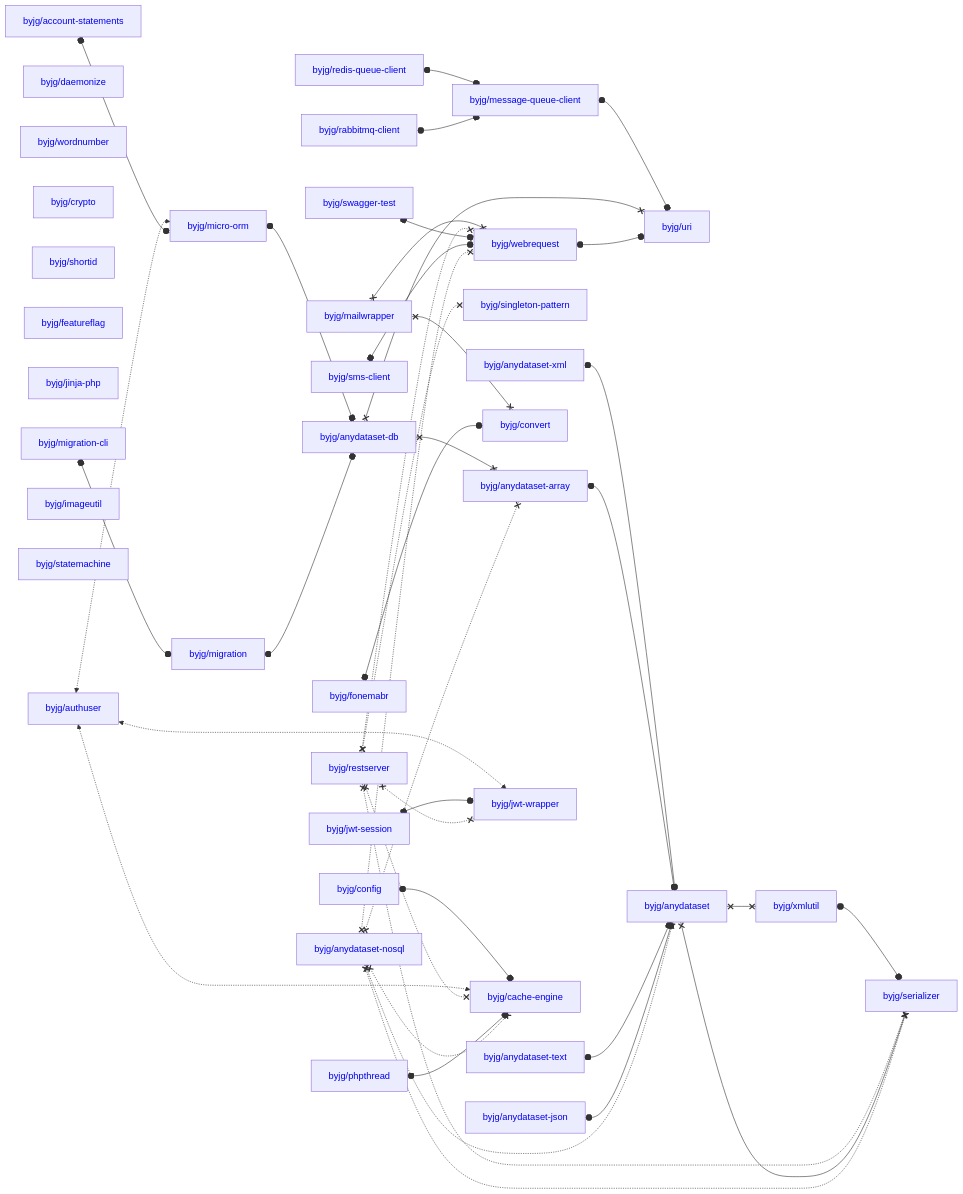
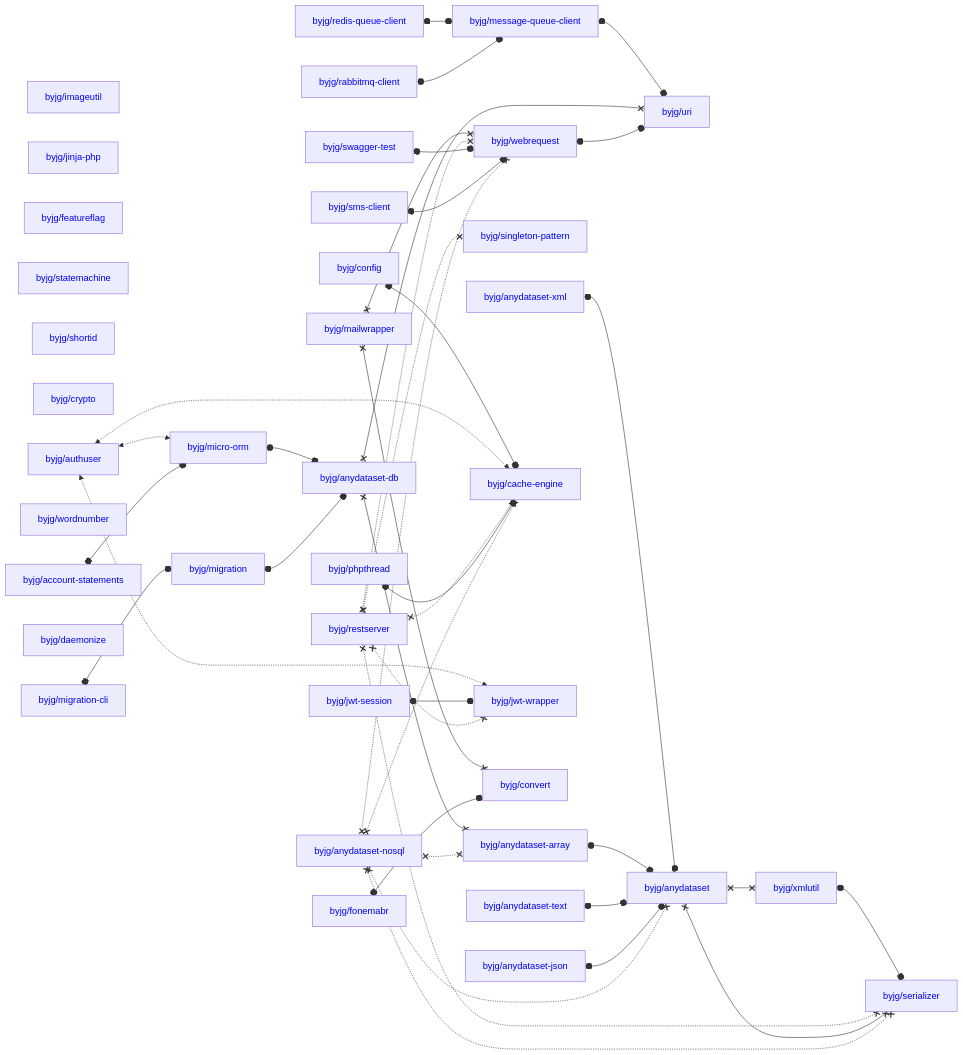
Before and after one commit to byjg/byjg.github.io: the diagram in docs/php/README.md, drawn with Mermaid. The commit also changed other lines of this file and 1 other file, not shown here.

Commit message:
Update documentation 'php' 'php-singleton-pattern'

````diff
--- a/docs/php/README.md
+++ b/docs/php/README.md
@@ -3,80 +3,80 @@
 ```mermaid
 graph LR;
+  byjg/imageutil[<a href='https://opensource.byjg.com/docs/php/imageutil' style='text-decoration:none'>byjg/imageutil</a>];
+  byjg/fonemabr[<a href='https://opensource.byjg.com/docs/php/fonemabr' style='text-decoration:none'>byjg/fonemabr</a>];
+  byjg/anydataset-nosql[<a href='https://opensource.byjg.com/docs/php/anydataset-nosql' style='text-decoration:none'>byjg/anydataset-nosql</a>];
+  byjg/jinja-php[<a href='https://opensource.byjg.com/docs/php/jinja-php' style='text-decoration:none'>byjg/jinja-php</a>];
+  byjg/featureflag[<a href='https://opensource.byjg.com/docs/php/featureflag' style='text-decoration:none'>byjg/featureflag</a>];
+  byjg/statemachine[<a href='https://opensource.byjg.com/docs/php/statemachine' style='text-decoration:none'>byjg/statemachine</a>];
+  byjg/phpthread[<a href='https://opensource.byjg.com/docs/php/phpthread' style='text-decoration:none'>byjg/phpthread</a>];
+  byjg/config[<a href='https://opensource.byjg.com/docs/php/config' style='text-decoration:none'>byjg/config</a>];
+  byjg/jwt-session[<a href='https://opensource.byjg.com/docs/php/jwt-session' style='text-decoration:none'>byjg/jwt-session</a>];
+  byjg/shortid[<a href='https://opensource.byjg.com/docs/php/shortid' style='text-decoration:none'>byjg/shortid</a>];
+  byjg/redis-queue-client[<a href='https://opensource.byjg.com/docs/php/redis-queue-client' style='text-decoration:none'>byjg/redis-queue-client</a>];
+  byjg/anydataset-json[<a href='https://opensource.byjg.com/docs/php/anydataset-json' style='text-decoration:none'>byjg/anydataset-json</a>];
+  byjg/restserver[<a href='https://opensource.byjg.com/docs/php/restserver' style='text-decoration:none'>byjg/restserver</a>];
+  byjg/anydataset-xml[<a href='https://opensource.byjg.com/docs/php/anydataset-xml' style='text-decoration:none'>byjg/anydataset-xml</a>];
+  byjg/anydataset-text[<a href='https://opensource.byjg.com/docs/php/anydataset-text' style='text-decoration:none'>byjg/anydataset-text</a>];
+  byjg/crypto[<a href='https://opensource.byjg.com/docs/php/crypto' style='text-decoration:none'>byjg/crypto</a>];
+  byjg/account-statements[<a href='https://opensource.byjg.com/docs/php/account-statements' style='text-decoration:none'>byjg/account-statements</a>];
+  byjg/wordnumber[<a href='https://opensource.byjg.com/docs/php/wordnumber' style='text-decoration:none'>byjg/wordnumber</a>];
   byjg/migration-cli[<a href='https://opensource.byjg.com/docs/php/migration-cli' style='text-decoration:none'>byjg/migration-cli</a>];
   byjg/rabbitmq-client[<a href='https://opensource.byjg.com/docs/php/rabbitmq-client' style='text-decoration:none'>byjg/rabbitmq-client</a>];
   byjg/daemonize[<a href='https://opensource.byjg.com/docs/php/daemonize' style='text-decoration:none'>byjg/daemonize</a>];
-  byjg/jwt-session[<a href='https://opensource.byjg.com/docs/php/jwt-session' style='text-decoration:none'>byjg/jwt-session</a>];
-  byjg/wordnumber[<a href='https://opensource.byjg.com/docs/php/wordnumber' style='text-decoration:none'>byjg/wordnumber</a>];
-  byjg/crypto[<a href='https://opensource.byjg.com/docs/php/crypto' style='text-decoration:none'>byjg/crypto</a>];
-  byjg/shortid[<a href='https://opensource.byjg.com/docs/php/shortid' style='text-decoration:none'>byjg/shortid</a>];
-  byjg/restserver[<a href='https://opensource.byjg.com/docs/php/restserver' style='text-decoration:none'>byjg/restserver</a>];
-  byjg/anydataset-json[<a href='https://opensource.byjg.com/docs/php/anydataset-json' style='text-decoration:none'>byjg/anydataset-json</a>];
-  byjg/config[<a href='https://opensource.byjg.com/docs/php/config' style='text-decoration:none'>byjg/config</a>];
-  byjg/anydataset-xml[<a href='https://opensource.byjg.com/docs/php/anydataset-xml' style='text-decoration:none'>byjg/anydataset-xml</a>];
-  byjg/featureflag[<a href='https://opensource.byjg.com/docs/php/featureflag' style='text-decoration:none'>byjg/featureflag</a>];
-  byjg/anydataset-text[<a href='https://opensource.byjg.com/docs/php/anydataset-text' style='text-decoration:none'>byjg/anydataset-text</a>];
-  byjg/jinja-php[<a href='https://opensource.byjg.com/docs/php/jinja-php' style='text-decoration:none'>byjg/jinja-php</a>];
-  byjg/account-statements[<a href='https://opensource.byjg.com/docs/php/account-statements' style='text-decoration:none'>byjg/account-statements</a>];
-  byjg/imageutil[<a href='https://opensource.byjg.com/docs/php/imageutil' style='text-decoration:none'>byjg/imageutil</a>];
-  byjg/redis-queue-client[<a href='https://opensource.byjg.com/docs/php/redis-queue-client' style='text-decoration:none'>byjg/redis-queue-client</a>];
-  byjg/statemachine[<a href='https://opensource.byjg.com/docs/php/statemachine' style='text-decoration:none'>byjg/statemachine</a>];
   byjg/swagger-test[<a href='https://opensource.byjg.com/docs/php/swagger-test' style='text-decoration:none'>byjg/swagger-test</a>];
+  byjg/authuser[<a href='https://opensource.byjg.com/docs/php/authuser' style='text-decoration:none'>byjg/authuser</a>];
+  byjg/sms-client[<a href='https://opensource.byjg.com/docs/php/sms-client' style='text-decoration:none'>byjg/sms-client</a>];
   byjg/mailwrapper[<a href='https://opensource.byjg.com/docs/php/mailwrapper' style='text-decoration:none'>byjg/mailwrapper</a>];
-  byjg/sms-client[<a href='https://opensource.byjg.com/docs/php/sms-client' style='text-decoration:none'>byjg/sms-client</a>];
-  byjg/fonemabr[<a href='https://opensource.byjg.com/docs/php/fonemabr' style='text-decoration:none'>byjg/fonemabr</a>];
-  byjg/anydataset-nosql[<a href='https://opensource.byjg.com/docs/php/anydataset-nosql' style='text-decoration:none'>byjg/anydataset-nosql</a>];
-  byjg/authuser[<a href='https://opensource.byjg.com/docs/php/authuser' style='text-decoration:none'>byjg/authuser</a>];
-  byjg/phpthread[<a href='https://opensource.byjg.com/docs/php/phpthread' style='text-decoration:none'>byjg/phpthread</a>];
+  byjg/singleton-pattern[<a href='https://opensource.byjg.com/docs/php/singleton-pattern' style='text-decoration:none'>byjg/singleton-pattern</a>];
   byjg/migration[<a href='https://opensource.byjg.com/docs/php/migration' style='text-decoration:none'>byjg/migration</a>];
-  byjg/singleton-pattern[<a href='https://opensource.byjg.com/docs/php/singleton-pattern' style='text-decoration:none'>byjg/singleton-pattern</a>];
   byjg/message-queue-client[<a href='https://opensource.byjg.com/docs/php/message-queue-client' style='text-decoration:none'>byjg/message-queue-client</a>];
+  byjg/micro-orm[<a href='https://opensource.byjg.com/docs/php/micro-orm' style='text-decoration:none'>byjg/micro-orm</a>];
+  byjg/cache-engine[<a href='https://opensource.byjg.com/docs/php/cache-engine' style='text-decoration:none'>byjg/cache-engine</a>];
+  byjg/jwt-wrapper[<a href='https://opensource.byjg.com/docs/php/jwt-wrapper' style='text-decoration:none'>byjg/jwt-wrapper</a>];
   byjg/convert[<a href='https://opensource.byjg.com/docs/php/convert' style='text-decoration:none'>byjg/convert</a>];
   byjg/webrequest[<a href='https://opensource.byjg.com/docs/php/webrequest' style='text-decoration:none'>byjg/webrequest</a>];
-  byjg/micro-orm[<a href='https://opensource.byjg.com/docs/php/micro-orm' style='text-decoration:none'>byjg/micro-orm</a>];
-  byjg/jwt-wrapper[<a href='https://opensource.byjg.com/docs/php/jwt-wrapper' style='text-decoration:none'>byjg/jwt-wrapper</a>];
-  byjg/cache-engine[<a href='https://opensource.byjg.com/docs/php/cache-engine' style='text-decoration:none'>byjg/cache-engine</a>];
   byjg/anydataset-db[<a href='https://opensource.byjg.com/docs/php/anydataset-db' style='text-decoration:none'>byjg/anydataset-db</a>];
   byjg/anydataset-array[<a href='https://opensource.byjg.com/docs/php/anydataset-array' style='text-decoration:none'>byjg/anydataset-array</a>];
   byjg/uri[<a href='https://opensource.byjg.com/docs/php/uri' style='text-decoration:none'>byjg/uri</a>];
   byjg/anydataset[<a href='https://opensource.byjg.com/docs/php/anydataset' style='text-decoration:none'>byjg/anydataset</a>];
   byjg/xmlutil[<a href='https://opensource.byjg.com/docs/php/xmlutil' style='text-decoration:none'>byjg/xmlutil</a>];
   byjg/serializer[<a href='https://opensource.byjg.com/docs/php/serializer' style='text-decoration:none'>byjg/serializer</a>];
   byjg/anydataset-xml o--o byjg/anydataset;
   byjg/config o--o byjg/cache-engine;
   byjg/authuser <-.-> byjg/micro-orm;
   byjg/authuser <-.-> byjg/cache-engine;
   byjg/authuser <-.-> byjg/jwt-wrapper;
   byjg/jwt-session o--o byjg/jwt-wrapper;
   byjg/redis-queue-client o--o byjg/message-queue-client;
   byjg/xmlutil o--o byjg/serializer;
   byjg/anydataset-array o--o byjg/anydataset;
   byjg/anydataset-text o--o byjg/anydataset;
   byjg/mailwrapper x--x byjg/convert;
   byjg/mailwrapper x--x byjg/webrequest;
   byjg/restserver x-.-x byjg/serializer;
   byjg/restserver x-.-x byjg/singleton-pattern;
   byjg/restserver x-.-x byjg/cache-engine;
   byjg/restserver x-.-x byjg/webrequest;
   byjg/restserver x-.-x byjg/jwt-wrapper;
   byjg/anydataset x--x byjg/serializer;
   byjg/anydataset x--x byjg/xmlutil;
   byjg/micro-orm o--o byjg/anydataset-db;
   byjg/phpthread o--o byjg/cache-engine;
   byjg/anydataset-json o--o byjg/anydataset;
   byjg/swagger-test o--o byjg/webrequest;
   byjg/fonemabr o--o byjg/convert;
   byjg/account-statements o--o byjg/micro-orm;
   byjg/sms-client o--o byjg/webrequest;
   byjg/migration-cli o--o byjg/migration;
   byjg/message-queue-client o--o byjg/uri;
   byjg/anydataset-db x--x byjg/anydataset-array;
   byjg/anydataset-db x--x byjg/uri;
   byjg/webrequest o--o byjg/uri;
   byjg/migration o--o byjg/anydataset-db;
   byjg/rabbitmq-client o--o byjg/message-queue-client;
   byjg/anydataset-nosql x-.-x byjg/anydataset;
   byjg/anydataset-nosql x-.-x byjg/anydataset-array;
   byjg/anydataset-nosql x-.-x byjg/serializer;
   byjg/anydataset-nosql x-.-x byjg/webrequest;
   byjg/anydataset-nosql x-.-x byjg/cache-engine;
 ```
````
